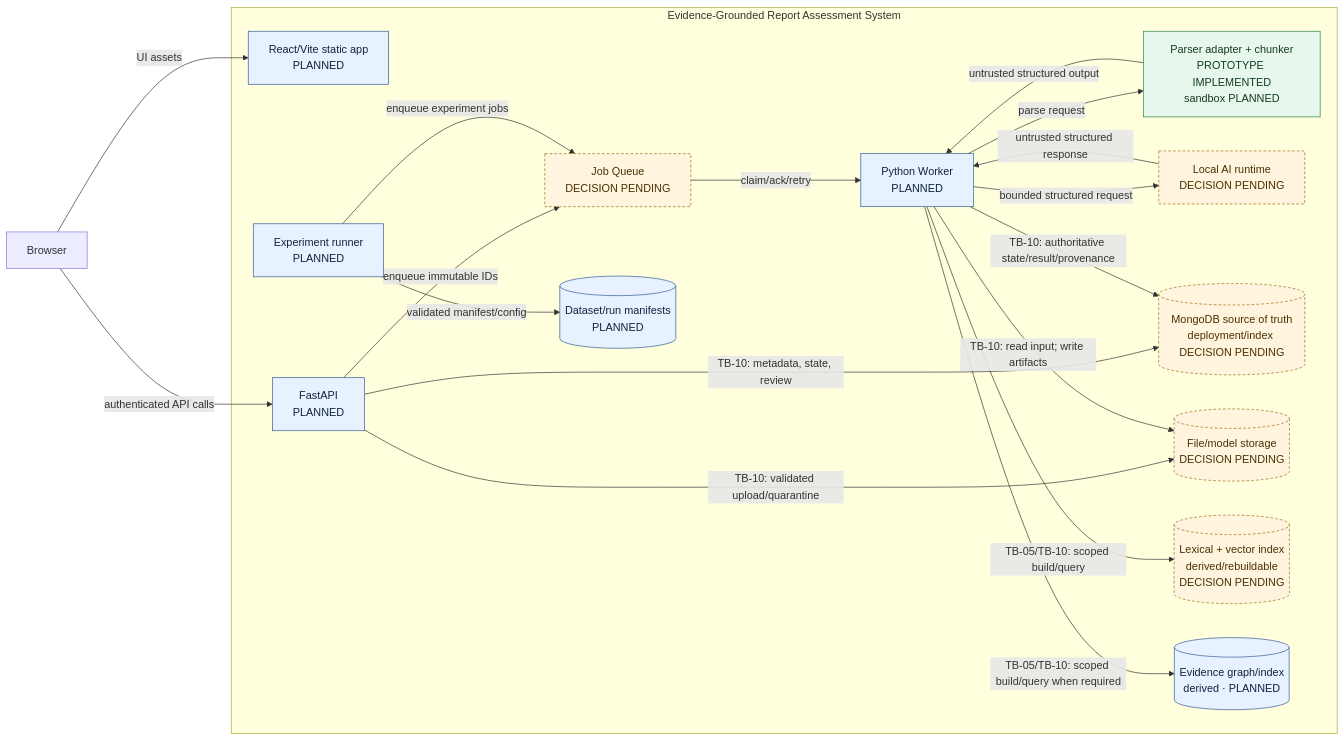
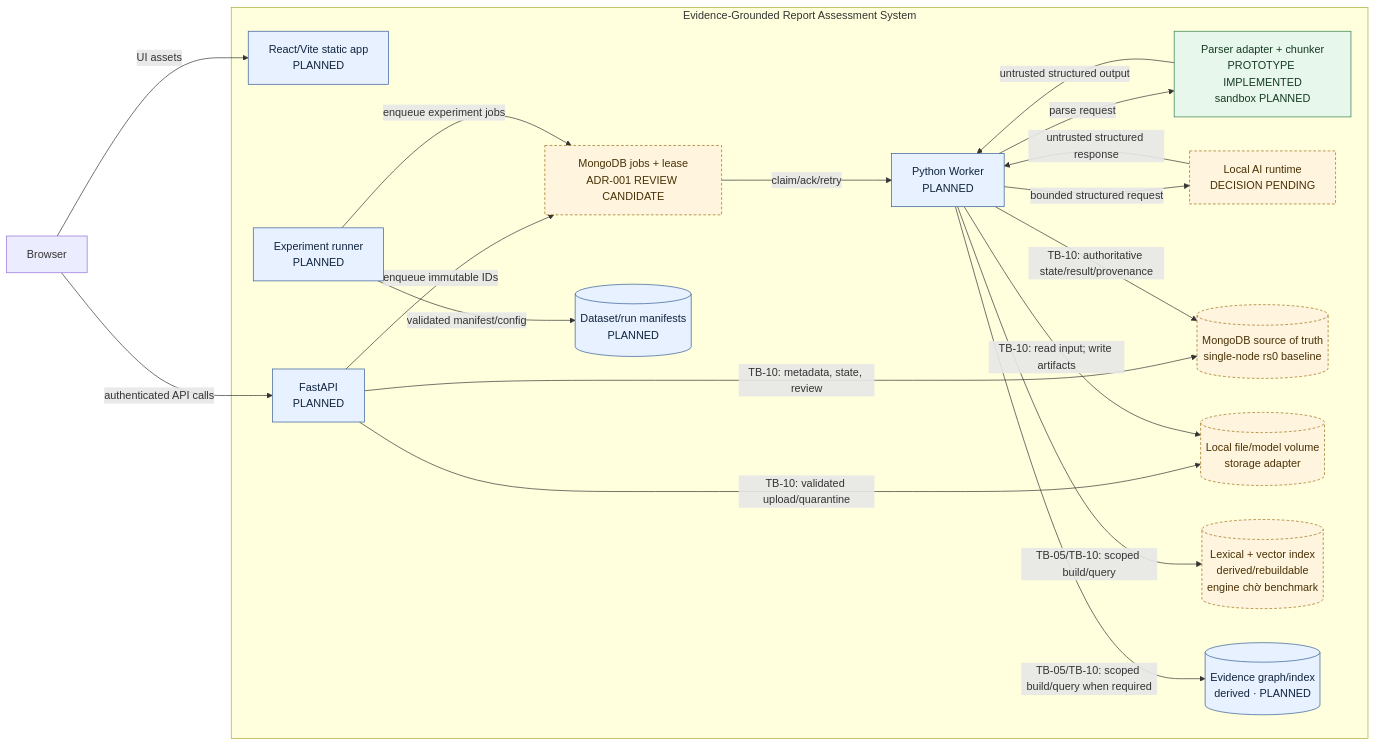
The second of 3 diagrams in docs/architecture/c4.md (ngwine/evidence-grounded-report-assessment), drawn with Mermaid before and after one commit. The commit also changed other lines of this file and 9 other files, not shown here.

Commit message:
docs(architecture): define MongoDB provenance model [W2.2]

````diff
--- a/docs/architecture/c4.md
+++ b/docs/architecture/c4.md
@@ -114,44 +114,44 @@
 ```mermaid
 flowchart LR
     B["Browser"]
 
     subgraph SYS["Evidence-Grounded Report Assessment System"]
       WEB["React/Vite static app<br/>PLANNED"]
       API["FastAPI<br/>PLANNED"]
-      Q["Job Queue<br/>DECISION PENDING"]
+      Q["MongoDB jobs + lease<br/>ADR-001 REVIEW CANDIDATE"]
       WK["Python Worker<br/>PLANNED"]
       PARSER["Parser adapter + chunker<br/>PROTOTYPE IMPLEMENTED<br/>sandbox PLANNED"]
       AI["Local AI runtime<br/>DECISION PENDING"]
-      DB[("MongoDB source of truth<br/>deployment/index DECISION PENDING")]
-      FS[("File/model storage<br/>DECISION PENDING")]
-      IDX[("Lexical + vector index<br/>derived/rebuildable<br/>DECISION PENDING")]
+      DB[("MongoDB source of truth<br/>single-node rs0 baseline")]
+      FS[("Local file/model volume<br/>storage adapter")]
+      IDX[("Lexical + vector index<br/>derived/rebuildable<br/>engine chờ benchmark")]
       GRAPH[("Evidence graph/index<br/>derived · PLANNED")]
       ER["Experiment runner<br/>PLANNED"]
       REG[("Dataset/run manifests<br/>PLANNED")]
 
       API -->|"TB-10: metadata, state, review"| DB
       API -->|"TB-10: validated upload/quarantine"| FS
       API -->|"enqueue immutable IDs"| Q
       Q -->|"claim/ack/retry"| WK
       WK -->|"TB-10: read input; write artifacts"| FS
       WK -->|"parse request"| PARSER
       PARSER -->|"untrusted structured output"| WK
       WK -->|"TB-10: authoritative state/result/provenance"| DB
       WK -->|"TB-05/TB-10: scoped build/query"| IDX
       WK -->|"TB-05/TB-10: scoped build/query when required"| GRAPH
       WK -->|"bounded structured request"| AI
       AI -->|"untrusted structured response"| WK
       ER -->|"validated manifest/config"| REG
       ER -->|"enqueue experiment jobs"| Q
     end
 
     B -->|"UI assets"| WEB
     B -->|"authenticated API calls"| API
 
     classDef planned fill:#e8f1ff,stroke:#315b96,color:#10243e;
     classDef prototype fill:#e8f7ec,stroke:#2f7d46,color:#153b22;
     classDef pending fill:#fff4dd,stroke:#9a6a13,color:#493106,stroke-dasharray: 4 3;
     class WEB,API,WK,GRAPH,ER,REG planned;
     class PARSER prototype;
     class Q,AI,DB,FS,IDX pending;
 ```
````
